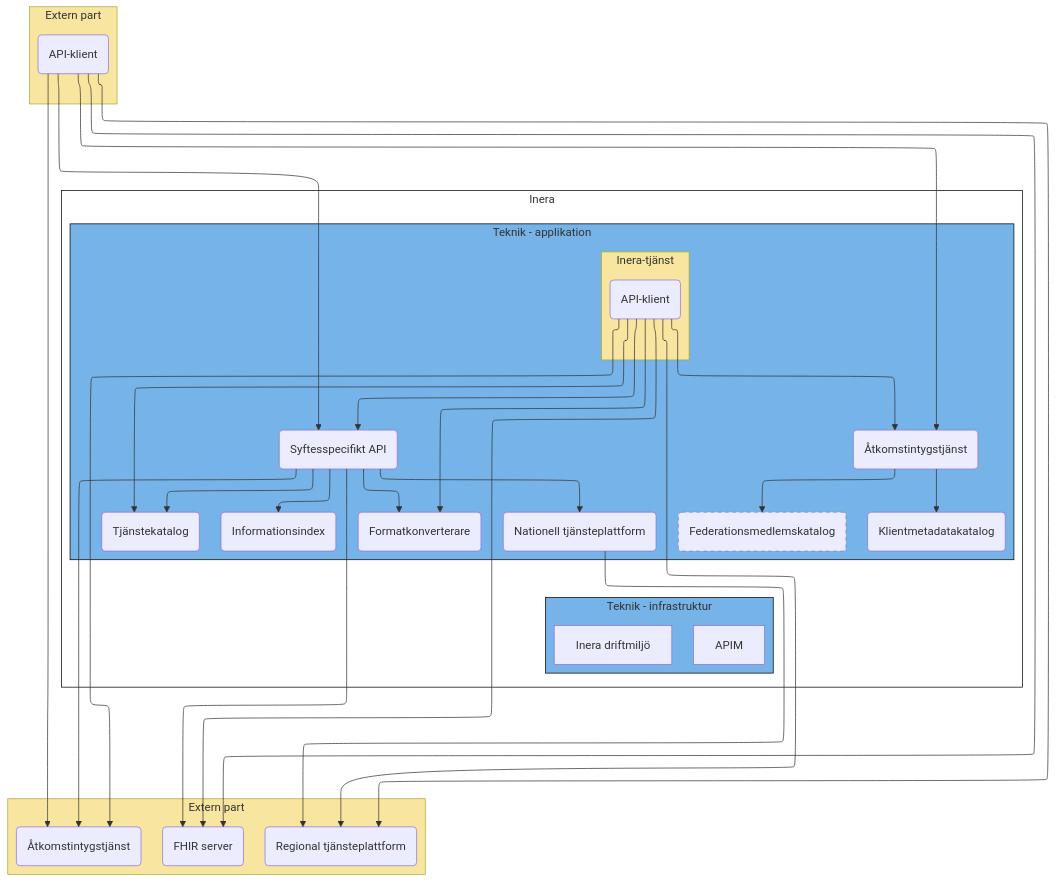
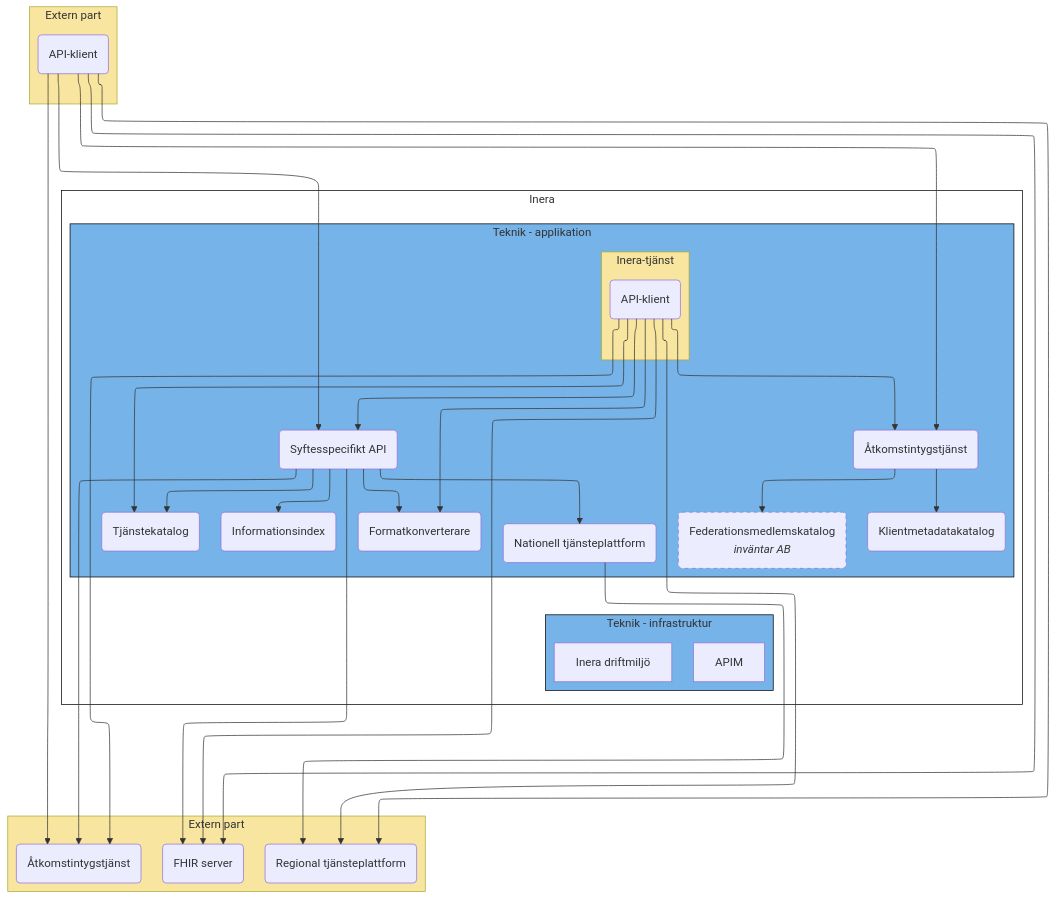
The first of 2 diagrams in T2-krav/solution.md (anders-malmros-inera/t2mmd), drawn with Mermaid before and after one commit.

Commit message:
Update Federationsmedlemskatalog description to include status information

```diff
--- a/T2-krav/solution.md
+++ b/T2-krav/solution.md
@@ -19,7 +19,7 @@
         sikk(Klientmetadatakatalog)
         sitk(Tjänstekatalog)
         siii(Informationsindex)
-        sifmk(Federationsmedlemskatalog)
+        sifmk(Federationsmedlemskatalog<br><i>inväntar AB</i>)
         sifk(Formatkonverterare)
 
         vp(Nationell tjänsteplattform)
```
